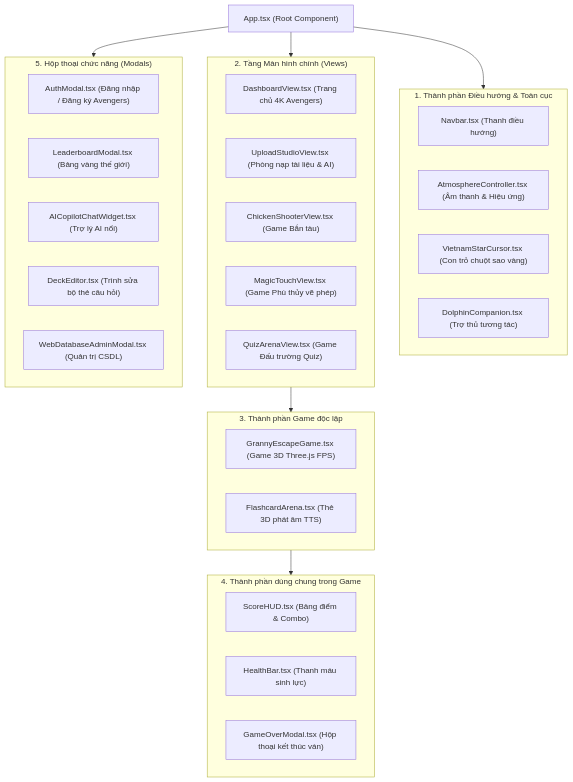
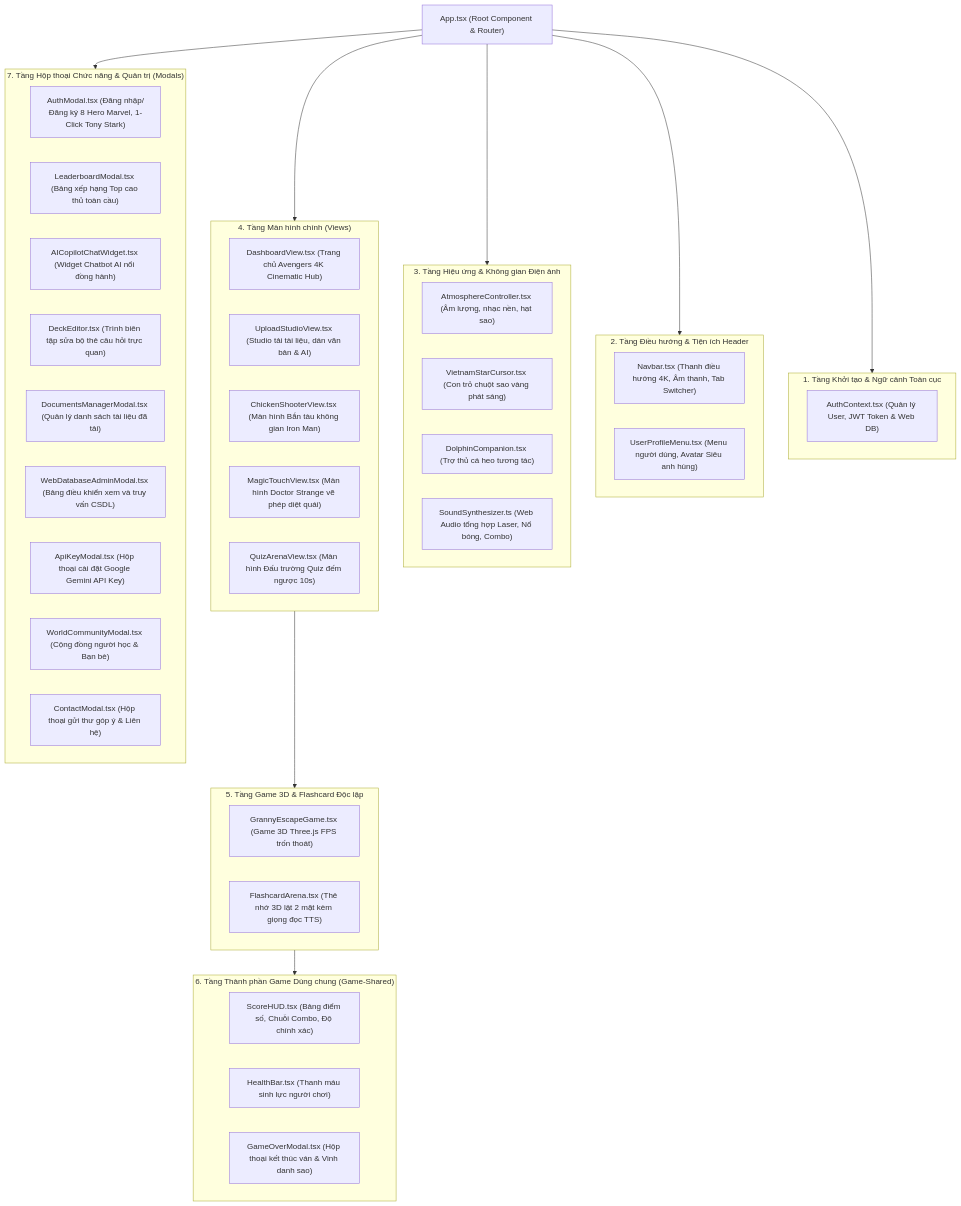
One commit to bangmanhbac-max/Game changed the third of 4 diagrams in README.md. Above: the diagram before and after it, drawn with Mermaid. The commit also changed other lines of this file, not shown here.

Commit message:
docs: clarify system architecture, answer service vs component explicitly, and provide exhaustive list of all UI components and backend services

````diff
--- a/README.md
+++ b/README.md
@@ -129,44 +150,59 @@
 ```mermaid
 graph TD
-    App["App.tsx (Root Component)"]
+    App["App.tsx (Root Component & Router)"]
     
-    subgraph GLOBAL_COMPONENTS ["1. Thành phần Điều hướng & Toàn cục"]
-        Navbar["Navbar.tsx (Thanh điều hướng)"]
-        Atmosphere["AtmosphereController.tsx (Âm thanh & Hiệu ứng)"]
-        Cursor["VietnamStarCursor.tsx (Con trỏ chuột sao vàng)"]
-        Dolphin["DolphinCompanion.tsx (Trợ thủ tương tác)"]
+    subgraph G1 ["1. Tầng Khởi tạo & Ngữ cảnh Toàn cục"]
+        AuthContext["AuthContext.tsx (Quản lý User, JWT Token & Web DB)"]
     end
 
-    subgraph VIEW_COMPONENTS ["2. Tầng Màn hình chính (Views)"]
-        DashView["DashboardView.tsx (Trang chủ 4K Avengers)"]
-        UploadView["UploadStudioView.tsx (Phòng nạp tài liệu & AI)"]
-        ChickenView["ChickenShooterView.tsx (Game Bắn tàu)"]
-        MagicView["MagicTouchView.tsx (Game Phù thủy vẽ phép)"]
-        QuizView["QuizArenaView.tsx (Game Đấu trường Quiz)"]
+    subgraph G2 ["2. Tầng Điều hướng & Tiện ích Header"]
+        Navbar["Navbar.tsx (Thanh điều hướng 4K, Âm thanh, Tab Switcher)"]
+        UserProfile["UserProfileMenu.tsx (Menu người dùng, Avatar Siêu anh hùng)"]
     end
 
-    subgraph GAME_COMPONENTS ["3. Thành phần Game độc lập"]
-        Granny3D["GrannyEscapeGame.tsx (Game 3D Three.js FPS)"]
-        Flashcard["FlashcardArena.tsx (Thẻ 3D phát âm TTS)"]
+    subgraph G3 ["3. Tầng Hiệu ứng & Không gian Điện ảnh"]
+        Atmosphere["AtmosphereController.tsx (Âm lượng, nhạc nền, hạt sao)"]
+        Cursor["VietnamStarCursor.tsx (Con trỏ chuột sao vàng phát sáng)"]
+        Dolphin["DolphinCompanion.tsx (Trợ thủ cá heo tương tác)"]
+        SoundSynth["SoundSynthesizer.ts (Web Audio tổng hợp Laser, Nổ bóng, Combo)"]
     end
 
-    subgraph SHARED_COMPONENTS ["4. Thành phần dùng chung trong Game"]
-        ScoreHUD["ScoreHUD.tsx (Bảng điểm & Combo)"]
-        HealthBar["HealthBar.tsx (Thanh máu sinh lực)"]
-        GameOverModal["GameOverModal.tsx (Hộp thoại kết thúc ván)"]
+    subgraph G4 ["4. Tầng Màn hình chính (Views)"]
+        DashView["DashboardView.tsx (Trang chủ Avengers 4K Cinematic Hub)"]
+        UploadView["UploadStudioView.tsx (Studio tải tài liệu, dán văn bản & AI)"]
+        ChickenView["ChickenShooterView.tsx (Màn hình Bắn tàu không gian Iron Man)"]
+        MagicView["MagicTouchView.tsx (Màn hình Doctor Strange vẽ phép diệt quái)"]
+        QuizView["QuizArenaView.tsx (Màn hình Đấu trường Quiz đếm ngược 10s)"]
     end
 
-    subgraph MODAL_COMPONENTS ["5. Hộp thoại chức năng (Modals)"]
-        AuthModal["AuthModal.tsx (Đăng nhập / Đăng ký Avengers)"]
-        Leaderboard["LeaderboardModal.tsx (Bảng vàng thế giới)"]
-        AICopilot["AICopilotChatWidget.tsx (Trợ lý AI nổi)"]
-        DeckEditor["DeckEditor.tsx (Trình sửa bộ thẻ câu hỏi)"]
-        AdminModal["WebDatabaseAdminModal.tsx (Quản trị CSDL)"]
+    subgraph G5 ["5. Tầng Game 3D & Flashcard Độc lập"]
+        Granny3D["GrannyEscapeGame.tsx (Game 3D Three.js FPS trốn thoát)"]
+        Flashcard["FlashcardArena.tsx (Thẻ nhớ 3D lật 2 mặt kèm giọng đọc TTS)"]
     end
 
-    App --> GLOBAL_COMPONENTS
-    App --> VIEW_COMPONENTS
-    VIEW_COMPONENTS --> GAME_COMPONENTS
-    GAME_COMPONENTS --> SHARED_COMPONENTS
-    App --> MODAL_COMPONENTS
+    subgraph G6 ["6. Tầng Thành phần Game Dùng chung (Game-Shared)"]
+        ScoreHUD["ScoreHUD.tsx (Bảng điểm số, Chuỗi Combo, Độ chính xác)"]
+        HealthBar["HealthBar.tsx (Thanh máu sinh lực người chơi)"]
+        GameOverModal["GameOverModal.tsx (Hộp thoại kết thúc ván & Vinh danh sao)"]
+    end
+
+    subgraph G7 ["7. Tầng Hộp thoại Chức năng & Quản trị (Modals)"]
+        AuthModal["AuthModal.tsx (Đăng nhập/Đăng ký 8 Hero Marvel, 1-Click Tony Stark)"]
+        Leaderboard["LeaderboardModal.tsx (Bảng xếp hạng Top cao thủ toàn cầu)"]
+        AICopilot["AICopilotChatWidget.tsx (Widget Chatbot AI nổi đồng hành)"]
+        DeckEditor["DeckEditor.tsx (Trình biên tập sửa bộ thẻ câu hỏi trực quan)"]
+        DocManager["DocumentsManagerModal.tsx (Quản lý danh sách tài liệu đã tải)"]
+        AdminModal["WebDatabaseAdminModal.tsx (Bảng điều khiển xem và truy vấn CSDL)"]
+        ApiKeyModal["ApiKeyModal.tsx (Hộp thoại cài đặt Google Gemini API Key)"]
+        CommunityModal["WorldCommunityModal.tsx (Cộng đồng người học & Bạn bè)"]
+        ContactModal["ContactModal.tsx (Hộp thoại gửi thư góp ý & Liên hệ)"]
+    end
+
+    App --> G1
+    App --> G2
+    App --> G3
+    App --> G4
+    G4 --> G5
+    G5 --> G6
+    App --> G7
 ```
````
